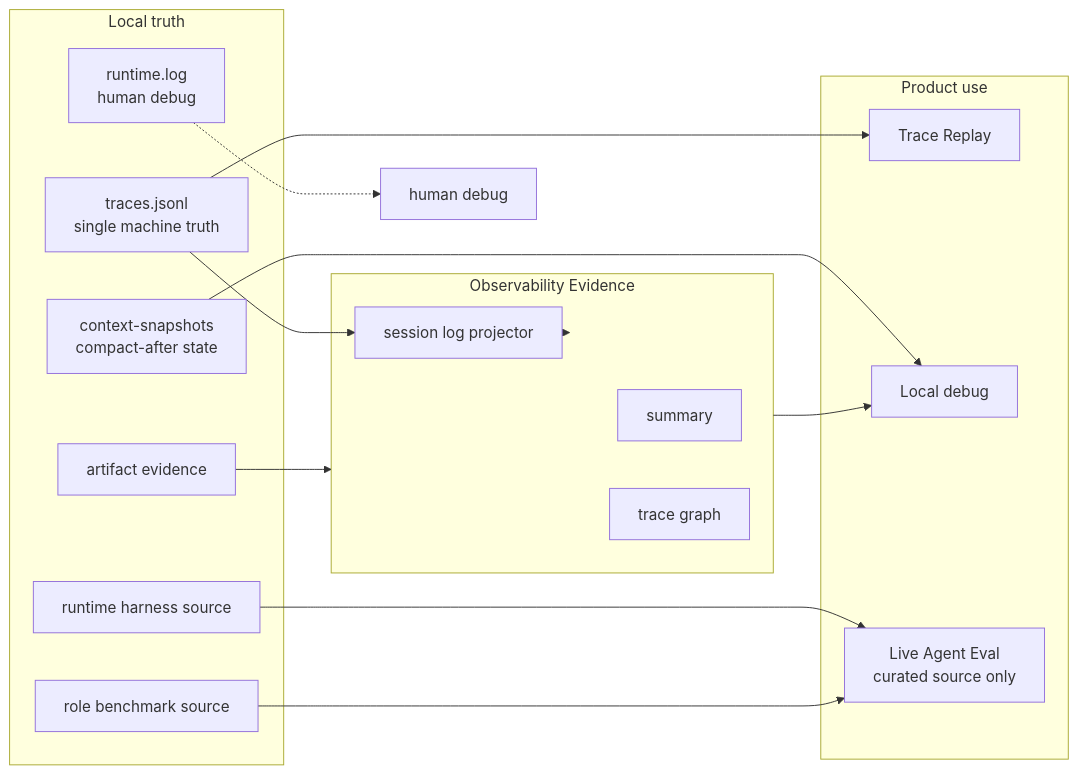
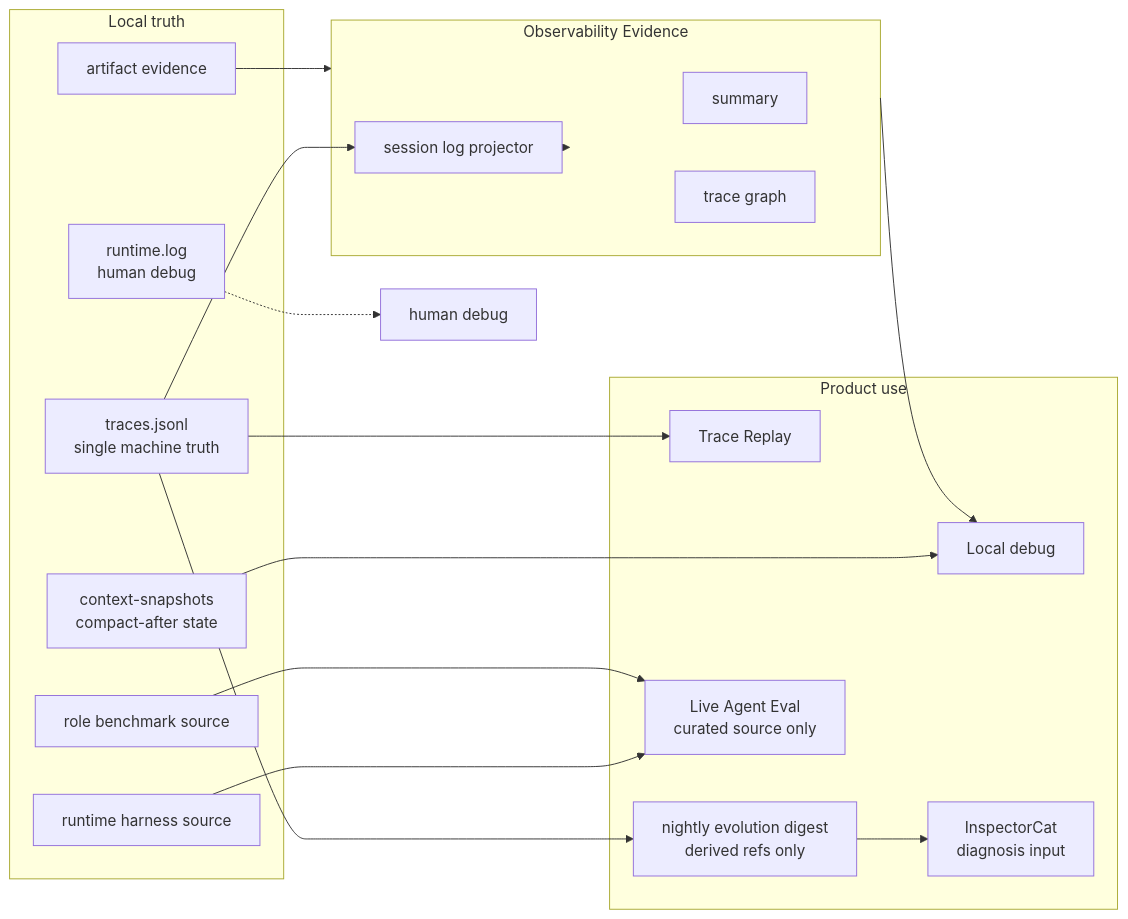
One commit to fightheyyy/XiaoBa-CLI changed the second of 2 diagrams in docs/observability-evidence/SPEC.md. Above: the diagram before and after it, drawn with Mermaid. The commit also changed other lines of this file and 103 other files, not shown here.

````diff
--- a/docs/observability-evidence/SPEC.md
+++ b/docs/observability-evidence/SPEC.md
@@ -100,33 +107,37 @@
 ```mermaid
 flowchart LR
     subgraph LocalTruth["Local truth"]
         JSONL["traces.jsonl<br/>single machine truth"]
         Snapshots["context-snapshots<br/>compact-after state"]
         RuntimeLog["runtime.log<br/>human debug"]
         Artifacts["artifact evidence"]
         RoleBench["role benchmark source"]
         RuntimeBench["runtime harness source"]
     end
 
     subgraph Obs["Observability Evidence"]
         Projector["session log projector"]
         Summary["summary"]
         TraceGraph["trace graph"]
     end
 
     subgraph ProductUse["Product use"]
         Replay["Trace Replay"]
         Debug["Local debug"]
+        SleepDigest["nightly evolution digest<br/>derived refs only"]
+        Inspector["InspectorCat<br/>diagnosis input"]
         LiveEval["Live Agent Eval<br/>curated source only"]
     end
 
     JSONL --> Projector
     Snapshots --> Debug
     RuntimeLog -.-> Maintainer["human debug"]
     Projector --> Obs
     Artifacts --> Obs
     JSONL --> Replay
+    JSONL --> SleepDigest
+    SleepDigest --> Inspector
     Obs --> Debug
     RuntimeBench --> LiveEval
     RoleBench --> LiveEval
 ```
````
